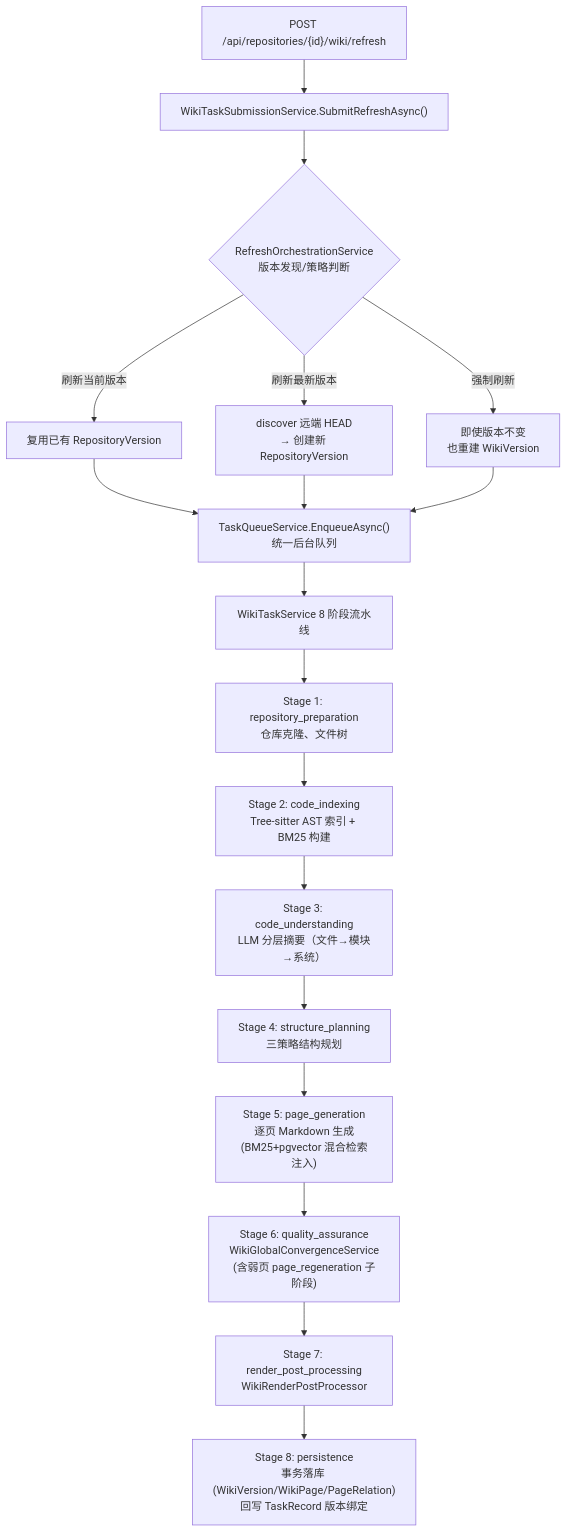
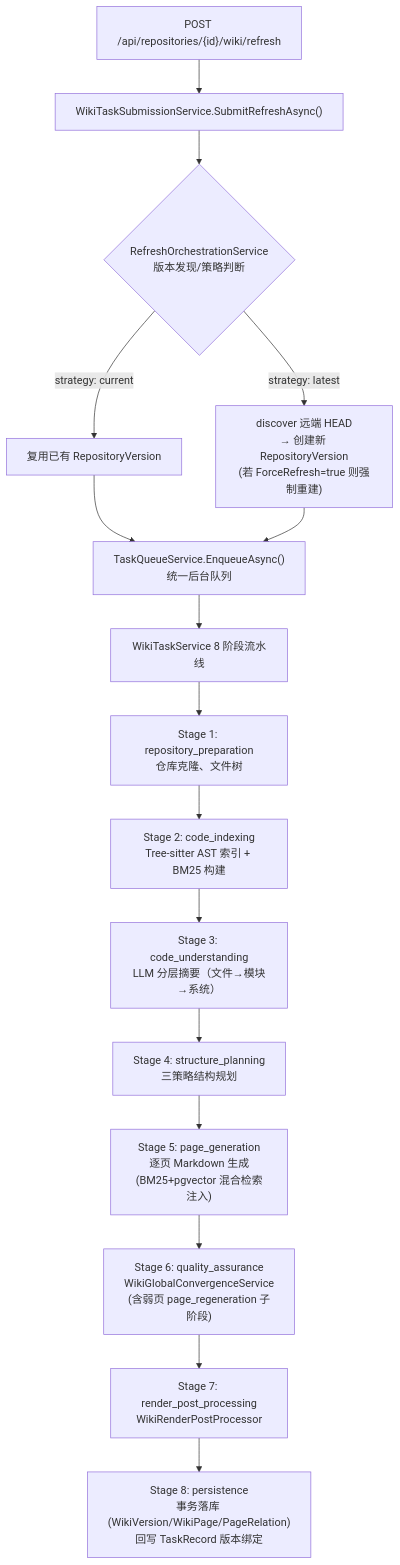
The seventh of 16 diagrams in doc/architecture/architecture.md (daohunliwei/Heimdall), drawn with Mermaid before and after one commit. The commit also changed other lines of this file and 3 other files, not shown here.

````diff
--- a/doc/architecture/architecture.md
+++ b/doc/architecture/architecture.md
@@ -384,25 +387,23 @@
 ```mermaid
 flowchart TD
     START["POST /api/repositories/{id}/wiki/refresh"] --> WTS["WikiTaskSubmissionService.SubmitRefreshAsync()"]
 
     WTS --> ROS{"RefreshOrchestrationService<br/>版本发现/策略判断"}
 
-    ROS -->|"刷新当前版本"| REUSE["复用已有 RepositoryVersion"]
-    ROS -->|"刷新最新版本"| DISCOVER["discover 远端 HEAD<br/>→ 创建新 RepositoryVersion"]
-    ROS -->|"强制刷新"| FORCE["即使版本不变<br/>也重建 WikiVersion"]
+    ROS -->|"strategy: current"| REUSE["复用已有 RepositoryVersion"]
+    ROS -->|"strategy: latest"| DISCOVER["discover 远端 HEAD<br/>→ 创建新 RepositoryVersion<br/>(若 ForceRefresh=true 则强制重建)"]
 
     REUSE --> QUEUE["TaskQueueService.EnqueueAsync()<br/>统一后台队列"]
     DISCOVER --> QUEUE
-    FORCE --> QUEUE
 
     QUEUE --> WIKITASK["WikiTaskService 8 阶段流水线"]
 
     WIKITASK --> S1["Stage 1: repository_preparation<br/>仓库克隆、文件树"]
     S1 --> S2["Stage 2: code_indexing<br/>Tree-sitter AST 索引 + BM25 构建"]
     S2 --> S3["Stage 3: code_understanding<br/>LLM 分层摘要（文件→模块→系统）"]
     S3 --> S4["Stage 4: structure_planning<br/>三策略结构规划"]
     S4 --> S5["Stage 5: page_generation<br/>逐页 Markdown 生成<br/>(BM25+pgvector 混合检索注入)"]
     S5 --> S6["Stage 6: quality_assurance<br/>WikiGlobalConvergenceService<br/>(含弱页 page_regeneration 子阶段)"]
     S6 --> S7["Stage 7: render_post_processing<br/>WikiRenderPostProcessor"]
     S7 --> S8["Stage 8: persistence<br/>事务落库 (WikiVersion/WikiPage/PageRelation)<br/>回写 TaskRecord 版本绑定"]
 ```
````
